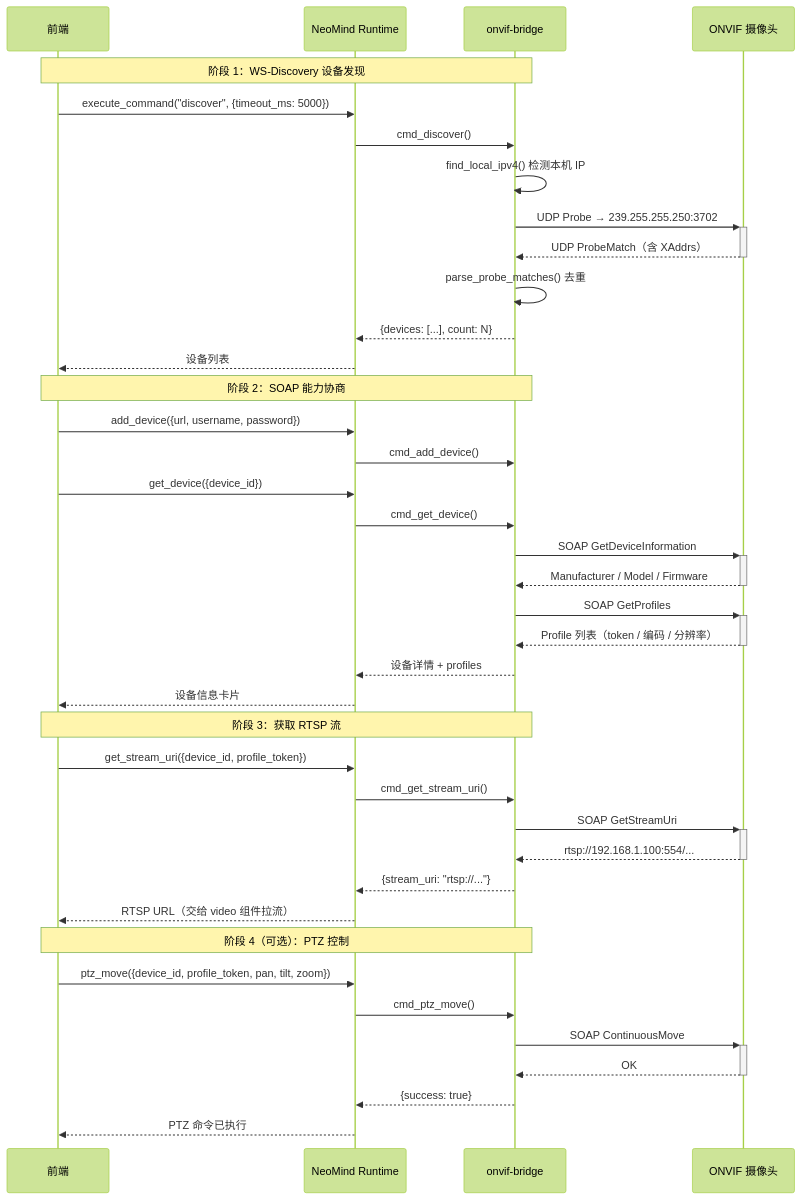
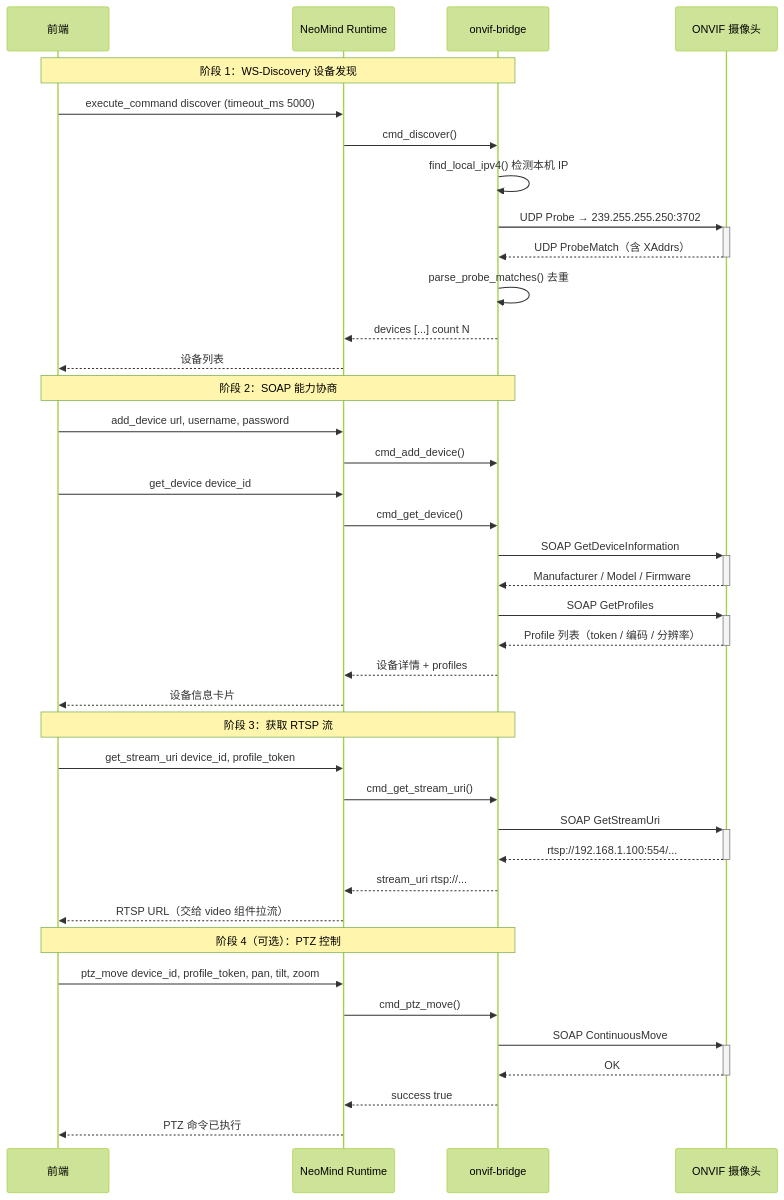
Before and after one commit to luommy/wiki-documents: the second of 2 diagrams in docs/0-neomind/developer-guide/case-studies/4-onvif-bridge.md, drawn with Mermaid (forest theme). The commit also changed other lines of this file and 32 other files, not shown here.

First line of the commit message:
docs(neomind/case-studies): 修复 Mermaid 解析错误、内联枚举、NE101 虚构指令

````diff
--- a/docs/0-neomind/developer-guide/case-studies/4-onvif-bridge.md
+++ b/docs/0-neomind/developer-guide/case-studies/4-onvif-bridge.md
@@ -413,45 +416,45 @@
 ```mermaid
 sequenceDiagram
     participant FE as 前端
     participant NM as NeoMind Runtime
     participant EXT as onvif-bridge
     participant CAM as ONVIF 摄像头
 
     Note over FE,EXT: 阶段 1：WS-Discovery 设备发现
-    FE->>NM: execute_command("discover", {timeout_ms: 5000})
+    FE->>NM: execute_command discover (timeout_ms 5000)
     NM->>EXT: cmd_discover()
     EXT->>EXT: find_local_ipv4() 检测本机 IP
     EXT->>+CAM: UDP Probe → 239.255.255.250:3702
     CAM-->>-EXT: UDP ProbeMatch（含 XAddrs）
     EXT->>EXT: parse_probe_matches() 去重
-    EXT-->>NM: {devices: [...], count: N}
+    EXT-->>NM: devices [...] count N
     NM-->>FE: 设备列表
 
     Note over FE,EXT: 阶段 2：SOAP 能力协商
-    FE->>NM: add_device({url, username, password})
+    FE->>NM: add_device url, username, password
     NM->>EXT: cmd_add_device()
-    FE->>NM: get_device({device_id})
+    FE->>NM: get_device device_id
     NM->>EXT: cmd_get_device()
     EXT->>+CAM: SOAP GetDeviceInformation
     CAM-->>-EXT: Manufacturer / Model / Firmware
     EXT->>+CAM: SOAP GetProfiles
     CAM-->>-EXT: Profile 列表（token / 编码 / 分辨率）
     EXT-->>NM: 设备详情 + profiles
     NM-->>FE: 设备信息卡片
 
     Note over FE,EXT: 阶段 3：获取 RTSP 流
-    FE->>NM: get_stream_uri({device_id, profile_token})
+    FE->>NM: get_stream_uri device_id, profile_token
     NM->>EXT: cmd_get_stream_uri()
     EXT->>+CAM: SOAP GetStreamUri
     CAM-->>-EXT: rtsp://192.168.1.100:554/...
-    EXT-->>NM: {stream_uri: "rtsp://..."}
+    EXT-->>NM: stream_uri rtsp://...
     NM-->>FE: RTSP URL（交给 video 组件拉流）
 
     Note over FE,EXT: 阶段 4（可选）：PTZ 控制
-    FE->>NM: ptz_move({device_id, profile_token, pan, tilt, zoom})
+    FE->>NM: ptz_move device_id, profile_token, pan, tilt, zoom
     NM->>EXT: cmd_ptz_move()
     EXT->>+CAM: SOAP ContinuousMove
     CAM-->>-EXT: OK
-    EXT-->>NM: {success: true}
+    EXT-->>NM: success true
     NM-->>FE: PTZ 命令已执行
 ```
````
